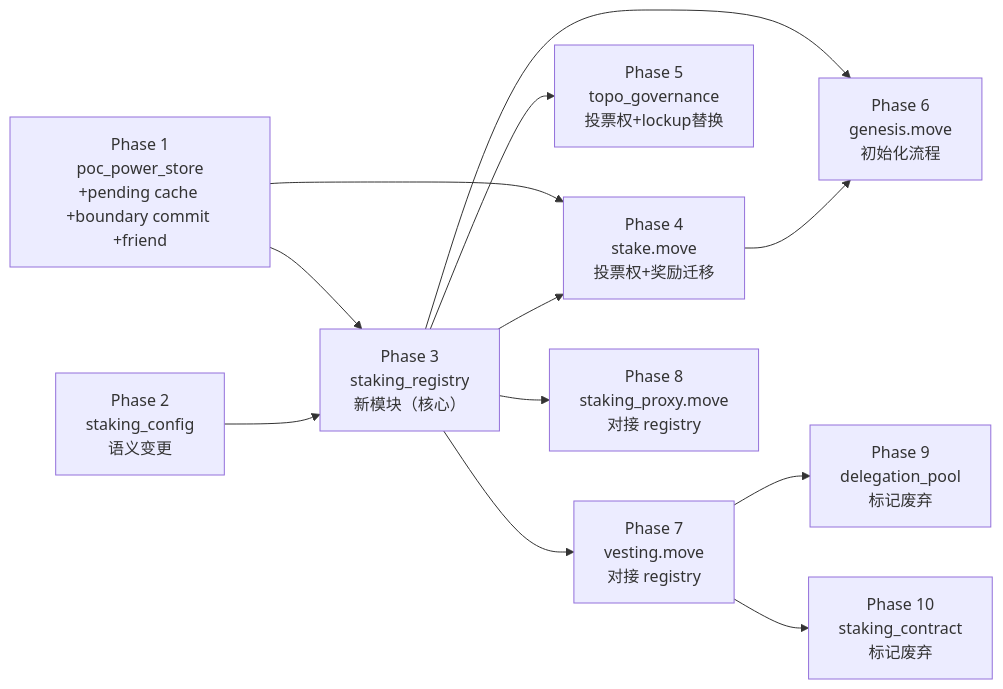
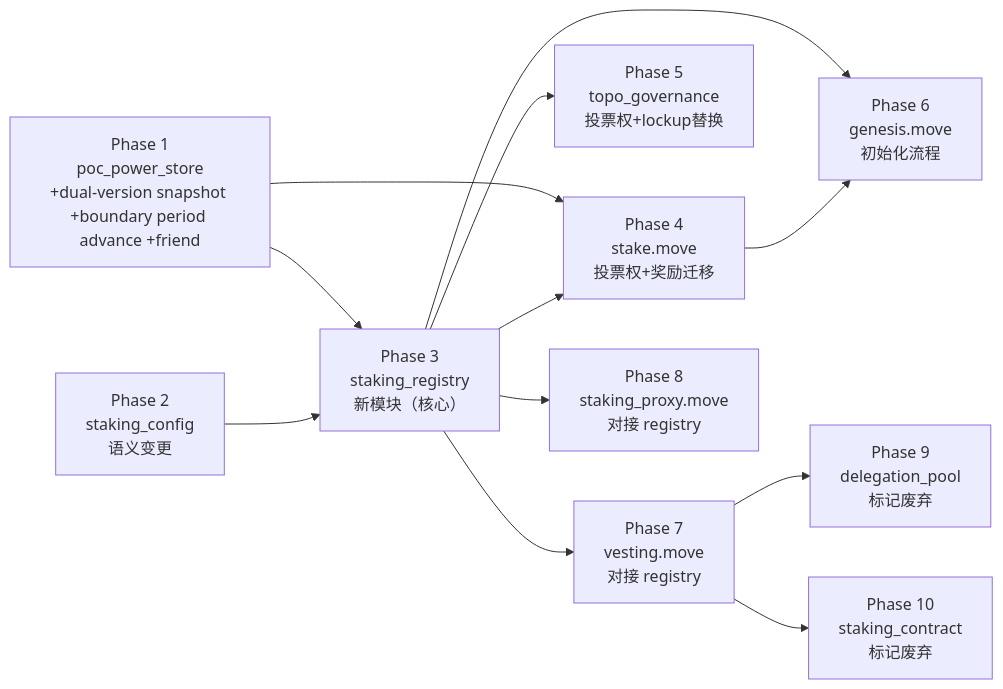
Before and after one commit to tuminfei/aptos-core: the diagram in aptos-move/framework/aptos-framework/sources/poc_doc/09-implementation-plan.md, drawn with Mermaid. The commit also changed other lines of this file and 23 other files, not shown here.

````diff
--- a/aptos-move/framework/aptos-framework/sources/poc_doc/09-implementation-plan.md
+++ b/aptos-move/framework/aptos-framework/sources/poc_doc/09-implementation-plan.md
@@ -7,14 +7,14 @@
 ```mermaid
 graph LR
-    P1["Phase 1<br/>poc_power_store<br/>+pending cache +boundary commit +friend"] --> P3
+    P1["Phase 1<br/>poc_power_store<br/>+dual-version snapshot +boundary period advance +friend"] --> P3
     P2["Phase 2<br/>staking_config<br/>语义变更"] --> P3
     P1 --> P4
     P3["Phase 3<br/>staking_registry<br/>新模块（核心）"] --> P4["Phase 4<br/>stake.move<br/>投票权+奖励迁移"]
     P3 --> P5["Phase 5<br/>topo_governance<br/>投票权+lockup替换"]
     P3 --> P6["Phase 6<br/>genesis.move<br/>初始化流程"]
     P3 --> P7["Phase 7<br/>vesting.move<br/>对接 registry"]
     P3 --> P8["Phase 8<br/>staking_proxy.move<br/>对接 registry"]
     P4 --> P6
     P7 --> P9["Phase 9<br/>delegation_pool<br/>标记废弃"]
     P7 --> P10["Phase 10<br/>staking_contract<br/>标记废弃"]
 ```
````
